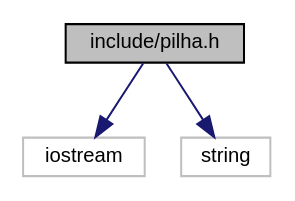
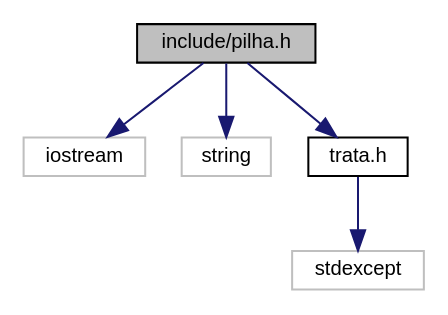
One commit to EduardoRique/lab10 changed the diagram in doc/pilha_8h__incl.dot. Above: the diagram before and after it, drawn with Graphviz. The commit also changed 125 other files, not shown here.

```diff
--- a/doc/pilha_8h__incl.dot
+++ b/doc/pilha_8h__incl.dot
@@ -1,10 +1,14 @@
 digraph "include/pilha.h"
 {
   edge [fontname="Helvetica",fontsize="10",labelfontname="Helvetica",labelfontsize="10"];
   node [fontname="Helvetica",fontsize="10",shape=record];
   Node1 [label="include/pilha.h",height=0.2,width=0.4,color="black", fillcolor="grey75", style="filled" fontcolor="black"];
   Node1 -> Node2 [color="midnightblue",fontsize="10",style="solid",fontname="Helvetica"];
   Node2 [label="iostream",height=0.2,width=0.4,color="grey75", fillcolor="white", style="filled"];
   Node1 -> Node3 [color="midnightblue",fontsize="10",style="solid",fontname="Helvetica"];
   Node3 [label="string",height=0.2,width=0.4,color="grey75", fillcolor="white", style="filled"];
+  Node1 -> Node4 [color="midnightblue",fontsize="10",style="solid",fontname="Helvetica"];
+  Node4 [label="trata.h",height=0.2,width=0.4,color="black", fillcolor="white", style="filled",URL="$trata_8h_source.html"];
+  Node4 -> Node5 [color="midnightblue",fontsize="10",style="solid",fontname="Helvetica"];
+  Node5 [label="stdexcept",height=0.2,width=0.4,color="grey75", fillcolor="white", style="filled"];
 }
```
